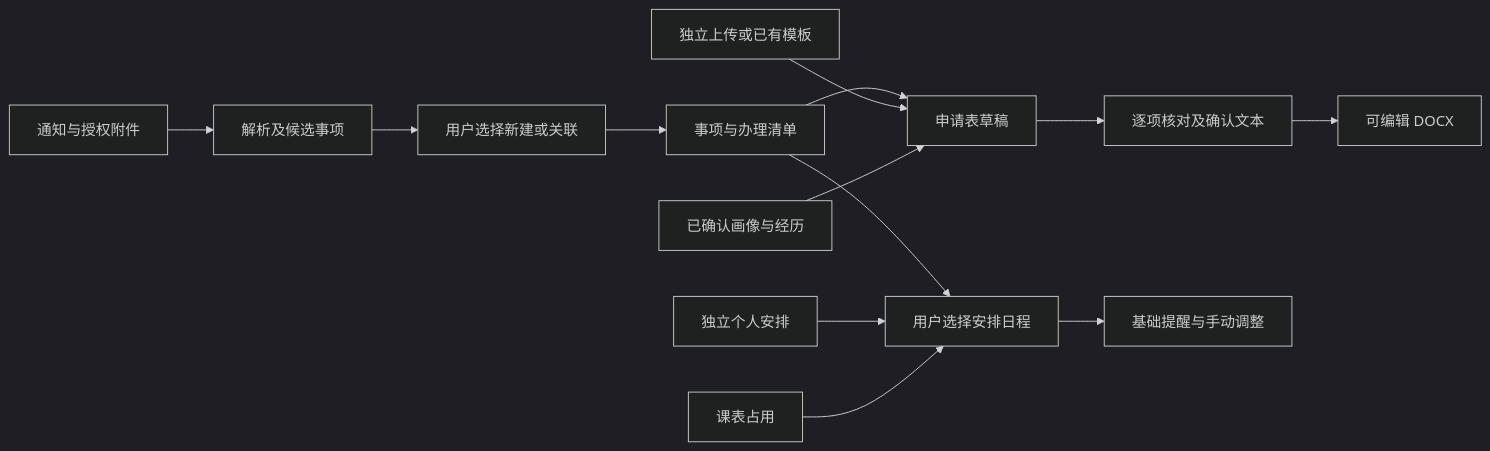
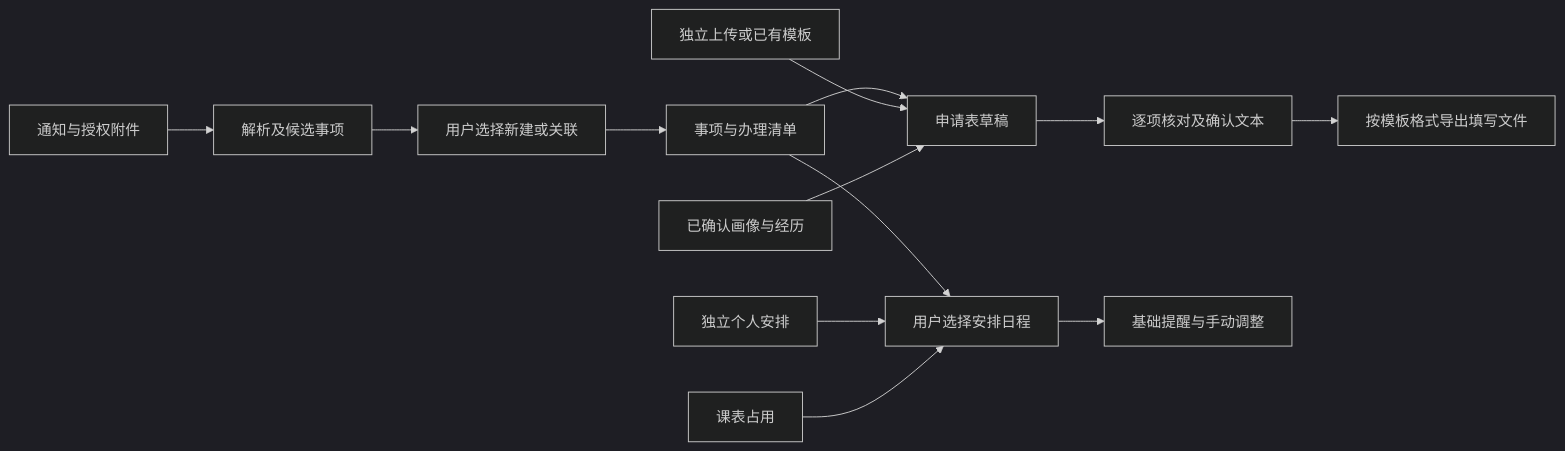
The diagram in docs/development/NEXT_PHASE_DEVELOPMENT_GUIDE.md (Hanxx1/RuleFlow), drawn with Mermaid (dark theme) before and after one commit. The commit also changed other lines of this file, not shown here.

````diff
--- a/docs/development/NEXT_PHASE_DEVELOPMENT_GUIDE.md
+++ b/docs/development/NEXT_PHASE_DEVELOPMENT_GUIDE.md
@@ -17,15 +23,15 @@
 ```mermaid
 flowchart LR
   N[通知与授权附件] --> P[解析及候选事项]
   P --> U[用户选择新建或关联]
   U --> C[事项与办理清单]
   C --> F[申请表草稿]
   D[独立上传或已有模板] --> F
   R[已确认画像与经历] --> F
   F --> V[逐项核对及确认文本]
-  V --> O[可编辑 DOCX]
+  V --> O[按模板格式导出填写文件]
   C --> S[用户选择安排日程]
   I[独立个人安排] --> S
   T[课表占用] --> S
   S --> M[基础提醒与手动调整]
 ```
````
